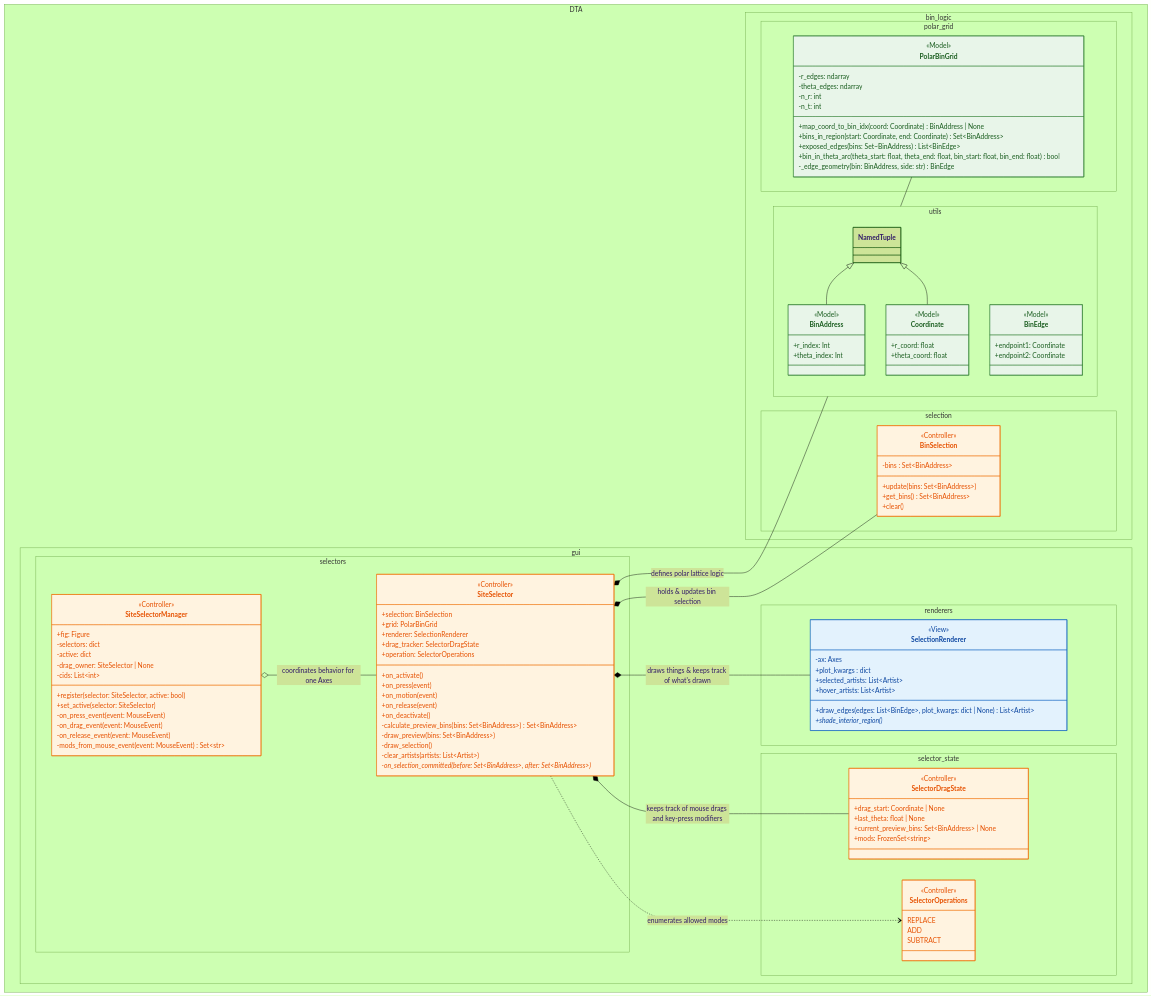
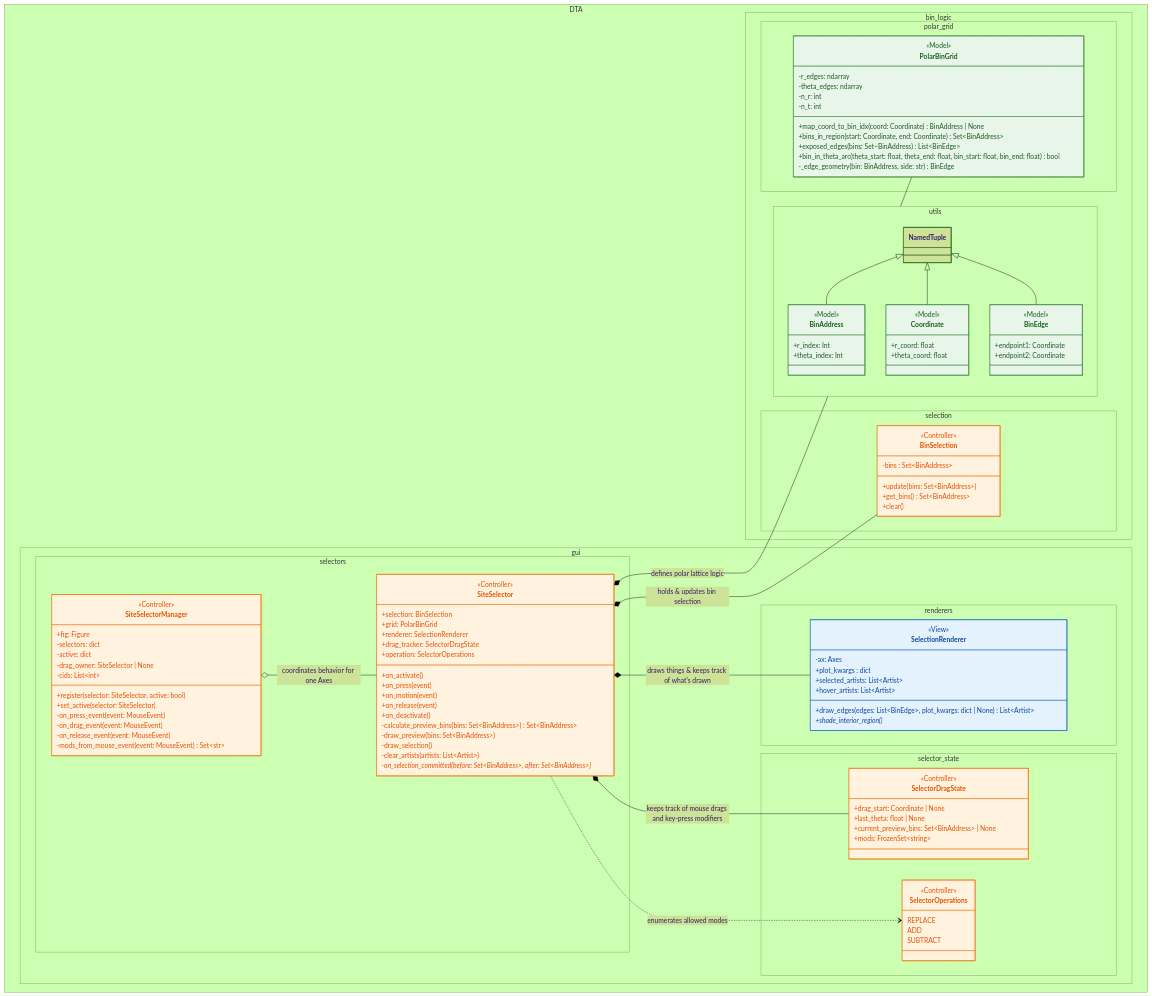
The first of 4 diagrams in python/dta/gui/README.md (BranniganLab/density_threshold_affinity), drawn with Mermaid (forest theme) before and after one commit.

Commit message:
update mermaid diagram

```diff
--- a/python/dta/gui/README.md
+++ b/python/dta/gui/README.md
@@ -196,6 +196,7 @@
 
 NamedTuple <|-- BinAddress
 NamedTuple <|-- Coordinate
+NamedTuple <|-- BinEdge
 
 %% =========================
 %% Styling (MVC color coding)
```
